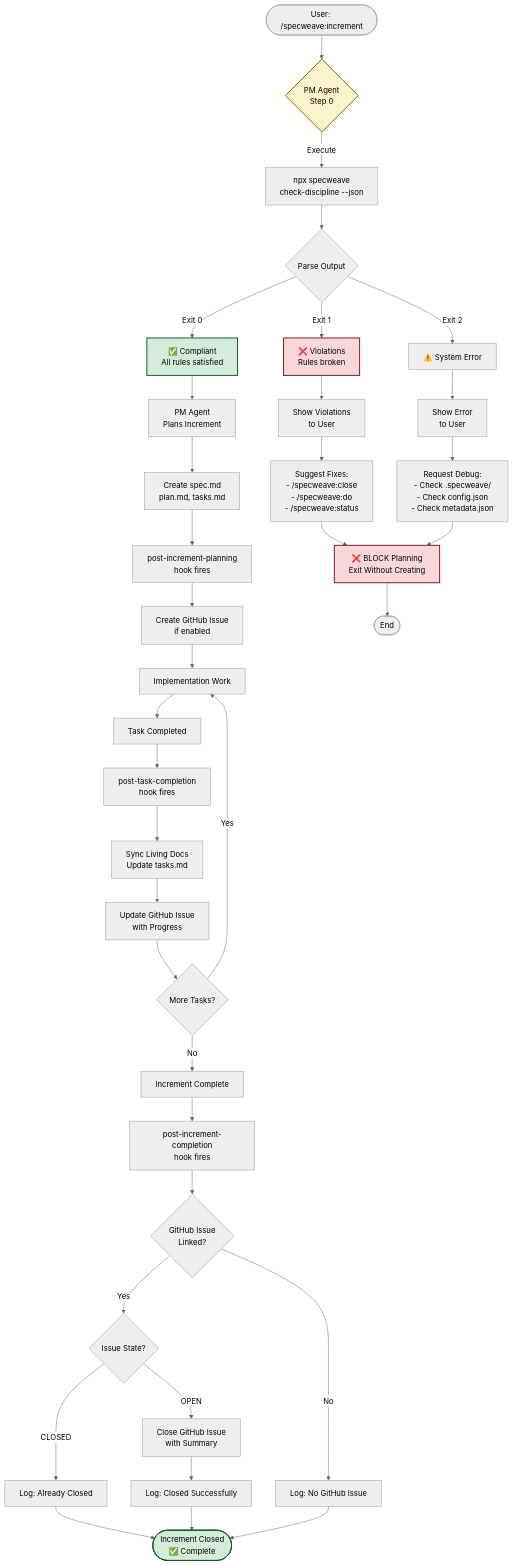
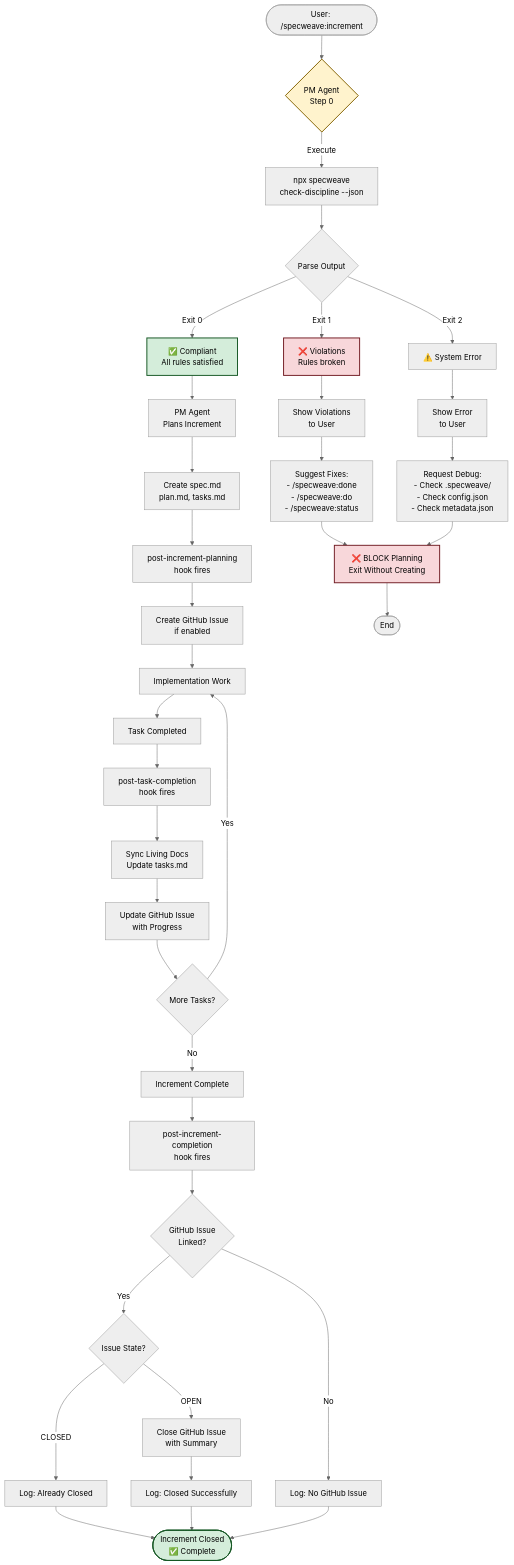
The diagram in .specweave/docs/internal/architecture/diagrams/discipline/enforcement-flow.mmd (anton-abyzov/specweave), drawn with Mermaid (neutral theme) before and after one commit. The commit also changed 574 other files, not shown here.

````diff
--- a/.specweave/docs/internal/architecture/diagrams/discipline/enforcement-flow.mmd
+++ b/.specweave/docs/internal/architecture/diagrams/discipline/enforcement-flow.mmd
@@ -1,59 +1,59 @@
 ```mermaid
 graph TB
     Start([User: /specweave:increment]) --> PreCheck{PM Agent<br/>Step 0}
 
     PreCheck -->|Execute| CheckCmd[npx specweave<br/>check-discipline --json]
 
     CheckCmd --> ParseOutput{Parse Output}
 
     ParseOutput -->|Exit 0| Compliant[✅ Compliant<br/>All rules satisfied]
     ParseOutput -->|Exit 1| Violations[❌ Violations<br/>Rules broken]
     ParseOutput -->|Exit 2| Error[⚠️ System Error]
 
     Compliant --> Planning[PM Agent<br/>Plans Increment]
     Planning --> CreateSpec[Create spec.md<br/>plan.md, tasks.md]
     CreateSpec --> PostHook[post-increment-planning<br/>hook fires]
     PostHook --> GitHubIssue[Create GitHub Issue<br/>if enabled]
 
     Violations --> ShowViolations[Show Violations<br/>to User]
-    ShowViolations --> Suggestions[Suggest Fixes:<br/>- /specweave:close<br/>- /specweave:do<br/>- /specweave:status]
+    ShowViolations --> Suggestions[Suggest Fixes:<br/>- /specweave:done<br/>- /specweave:do<br/>- /specweave:status]
     Suggestions --> Block[❌ BLOCK Planning<br/>Exit Without Creating]
 
     Error --> ShowError[Show Error<br/>to User]
     ShowError --> Debug[Request Debug:<br/>- Check .specweave/<br/>- Check config.json<br/>- Check metadata.json]
     Debug --> Block
 
     Block --> End([End])
 
     GitHubIssue --> Implementation[Implementation Work]
     Implementation --> TaskComplete[Task Completed]
     TaskComplete --> TaskHook[post-task-completion<br/>hook fires]
     TaskHook --> SyncDocs[Sync Living Docs<br/>Update tasks.md]
     SyncDocs --> UpdateGitHub[Update GitHub Issue<br/>with Progress]
 
     UpdateGitHub --> MoreTasks{More Tasks?}
     MoreTasks -->|Yes| Implementation
     MoreTasks -->|No| Complete[Increment Complete]
 
     Complete --> CompleteHook[post-increment-completion<br/>hook fires]
     CompleteHook --> VerifyGitHub{GitHub Issue<br/>Linked?}
 
     VerifyGitHub -->|Yes| CheckState{Issue State?}
     VerifyGitHub -->|No| LogSkip[Log: No GitHub Issue]
 
     CheckState -->|OPEN| CloseIssue[Close GitHub Issue<br/>with Summary]
     CheckState -->|CLOSED| LogVerified[Log: Already Closed]
 
     CloseIssue --> LogSuccess[Log: Closed Successfully]
     LogVerified --> EndComplete
     LogSuccess --> EndComplete
     LogSkip --> EndComplete
 
     EndComplete([Increment Closed<br/>✅ Complete])
 
     style PreCheck fill:#fff3cd,stroke:#856404,stroke-width:2px
     style Violations fill:#f8d7da,stroke:#721c24,stroke-width:2px
     style Compliant fill:#d4edda,stroke:#155724,stroke-width:2px
     style Block fill:#f8d7da,stroke:#721c24,stroke-width:2px
     style EndComplete fill:#d4edda,stroke:#155724,stroke-width:2px
 ```
````
